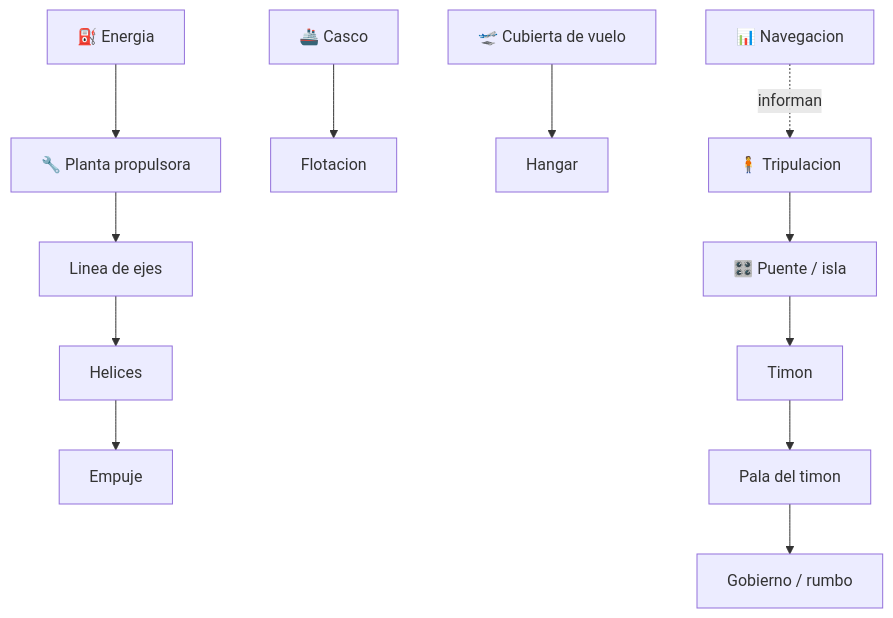
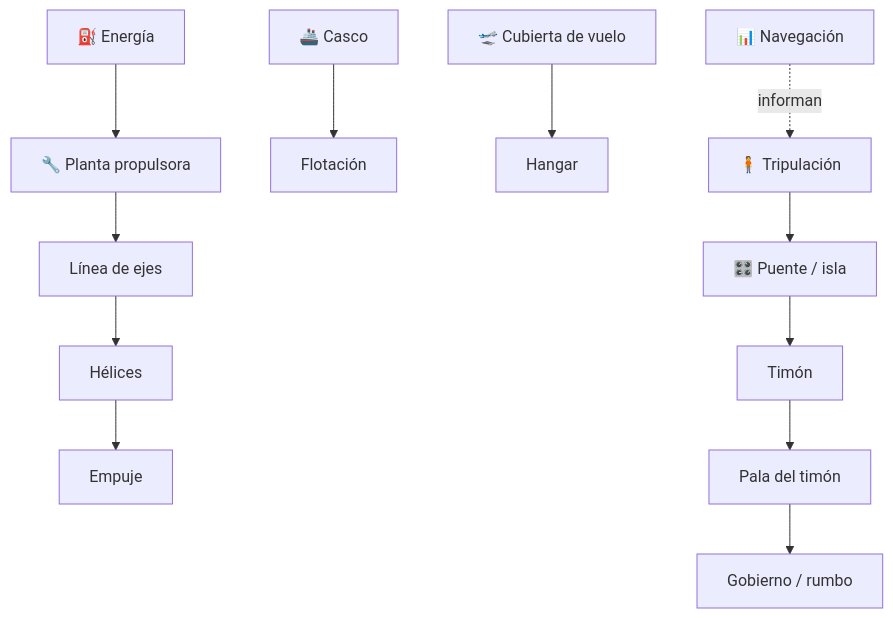
The diagram in vehiculos/portaviones/README.md (vladimiracunadev-create/machine-operator-program), drawn with Mermaid before and after one commit. The commit also changed other lines of this file and 442 other files, not shown here.

````diff
--- a/vehiculos/portaviones/README.md
+++ b/vehiculos/portaviones/README.md
@@ -32,14 +32,14 @@
 ```mermaid
 flowchart TD
-    Energia[⛽ Energia] --> Motor[🔧 Planta propulsora]
-    Motor --> Eje[Linea de ejes]
-    Eje --> Helice[Helices]
+    Energia[⛽ Energía] --> Motor[🔧 Planta propulsora]
+    Motor --> Eje[Línea de ejes]
+    Eje --> Helice[Hélices]
     Helice --> Empuje[Empuje]
-    Puente[🎛️ Puente / isla] --> Timon[Timon]
-    Timon --> Pala[Pala del timon]
+    Puente[🎛️ Puente / isla] --> Timon[Timón]
+    Timon --> Pala[Pala del timón]
     Pala --> Gobierno[Gobierno / rumbo]
-    Casco[🚢 Casco] --> Flotacion[Flotacion]
+    Casco[🚢 Casco] --> Flotacion[Flotación]
     Cubierta[🛫 Cubierta de vuelo] --> Hangar[Hangar]
-    Instrumentos[📊 Navegacion] -. informan .-> Tripulacion[🧍 Tripulacion]
+    Instrumentos[📊 Navegación] -. informan .-> Tripulacion[🧍 Tripulación]
     Tripulacion --> Puente
 ```
````
